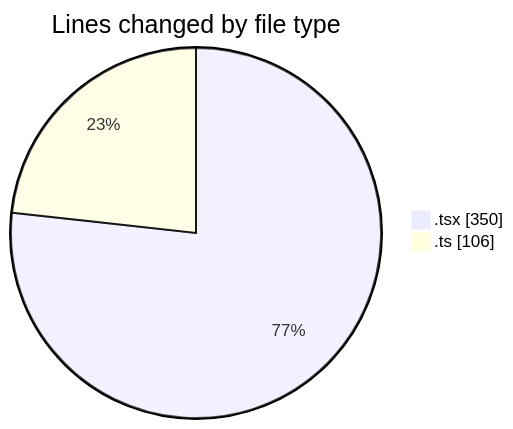
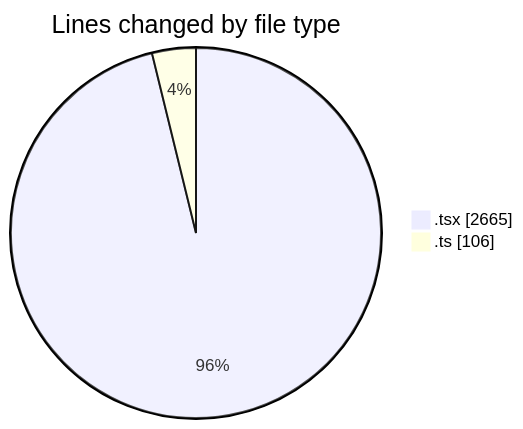
Before and after one commit to nxtqubesakshisongat/code-tracking: the first of 2 diagrams in 2026-08-16/nxtqube_webapp/README.md, drawn with Mermaid. The commit also changed other lines of this file and 1 other file, not shown here.

````diff
--- a/2026-08-16/nxtqube_webapp/README.md
+++ b/2026-08-16/nxtqube_webapp/README.md
@@ -22,6 +24,6 @@
 ```mermaid
 pie showData
 title Lines changed by file type
-".tsx" : 350
+".tsx" : 2665
 ".ts" : 106
 ```
````
